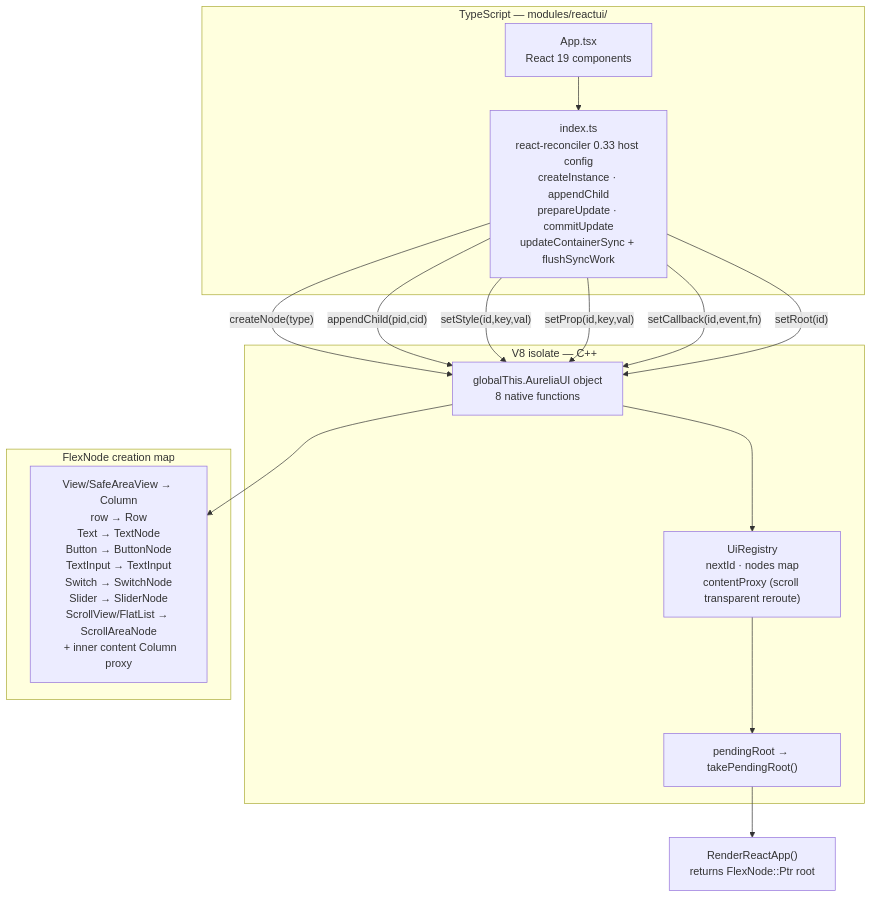
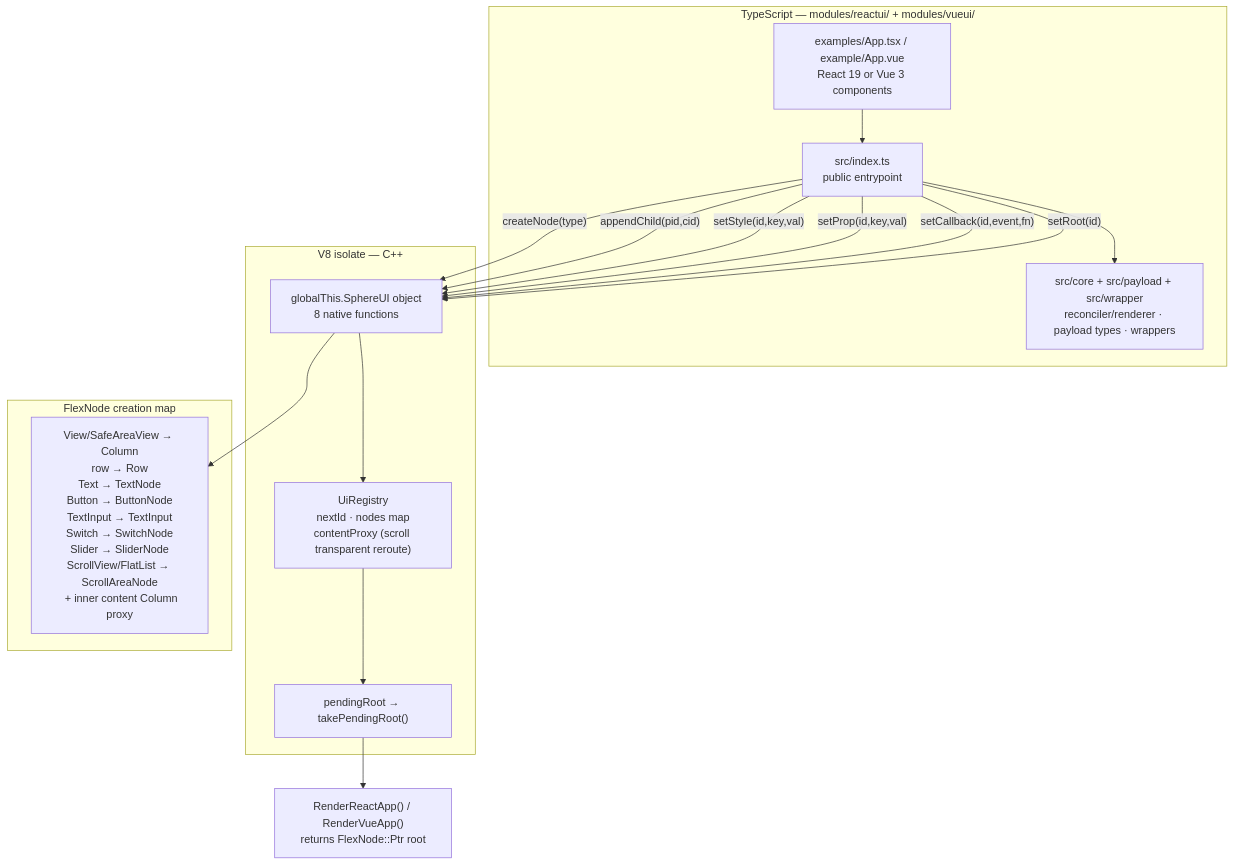
One commit to arizkami/MochiUI changed the fourth of 4 diagrams in README.md. Above: the diagram before and after it, drawn with Mermaid. The commit also changed other lines of this file and 233 other files, not shown here.

````diff
--- a/README.md
+++ b/README.md
@@ -163,28 +149,30 @@
 ```mermaid
 flowchart TB
-  subgraph ts [TypeScript — modules/reactui/]
-    app["App.tsx\nReact 19 components"]
-    idx["index.ts\nreact-reconciler 0.33 host config\ncreateInstance · appendChild\nprepareUpdate · commitUpdate\nupdateContainerSync + flushSyncWork"]
+  subgraph ts [TypeScript — modules/reactui/ + modules/vueui/]
+    app["examples/App.tsx / example/App.vue\nReact 19 or Vue 3 components"]
+    idx["src/index.ts\npublic entrypoint"]
+    internals["src/core + src/payload + src/wrapper\nreconciler/renderer · payload types · wrappers"]
+    idx --> internals
     app --> idx
   end
 
   subgraph v8side [V8 isolate — C++]
-    glob["globalThis.AureliaUI object\n8 native functions"]
+    glob["globalThis.SphereUI object\n8 native functions"]
     reg["UiRegistry\nnextId · nodes map\ncontentProxy (scroll transparent reroute)"]
     pend["pendingRoot → takePendingRoot()"]
     glob --> reg --> pend
   end
 
   subgraph nodes [FlexNode creation map]
     ntypes["View/SafeAreaView → Column\nrow → Row\nText → TextNode\nButton → ButtonNode\nTextInput → TextInput\nSwitch → SwitchNode\nSlider → SliderNode\nScrollView/FlatList → ScrollAreaNode\n  + inner content Column proxy"]
   end
 
   idx  -- "createNode(type)" --> glob
   idx  -- "appendChild(pid,cid)" --> glob
   idx  -- "setStyle(id,key,val)" --> glob
   idx  -- "setProp(id,key,val)" --> glob
   idx  -- "setCallback(id,event,fn)" --> glob
   idx  -- "setRoot(id)" --> glob
   glob --> ntypes
-  pend --> RenderReactApp["RenderReactApp()\nreturns FlexNode::Ptr root"]
+  pend --> RenderReactApp["RenderReactApp() / RenderVueApp()\nreturns FlexNode::Ptr root"]
 ```
````
